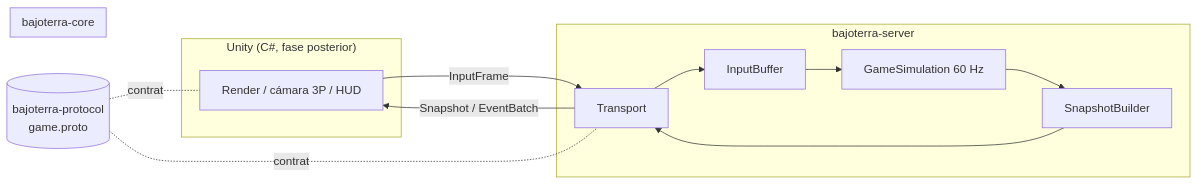
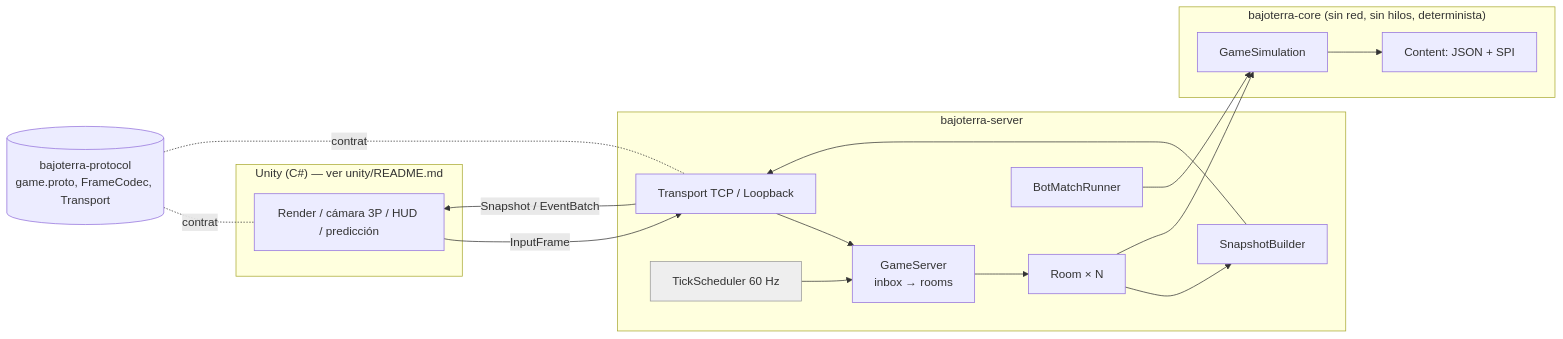
The diagram in docs/architecture.md (DannielEU/BajoTerraArena), drawn with Mermaid before and after one commit. The commit also changed other lines of this file and 563 other files, not shown here.

First line of the commit message:
Add .NET projects for Bajoterra client and Unity check

````diff
--- a/docs/architecture.md
+++ b/docs/architecture.md
@@ -8,17 +7,27 @@
 ```mermaid
 flowchart LR
-    subgraph Unity["Unity (C#, fase posterior)"]
-        R[Render / cámara 3P / HUD]
+    subgraph Unity["Unity (C#) — ver unity/README.md"]
+        R[Render / cámara 3P / HUD / predicción]
     end
     subgraph Server["bajoterra-server"]
-        T[Transport] --> IB[InputBuffer] --> SIM
-        SIM --> SB[SnapshotBuilder] --> T
+        T[Transport TCP / Loopback] --> GS[GameServer<br/>inbox → rooms]
+        GS --> RM[Room × N]
+        RM --> SB[SnapshotBuilder]
+        SB --> T
+        TS[TickScheduler 60 Hz]:::t --> GS
+        BMR[BotMatchRunner]
     end
-    subgraph Core["bajoterra-core"]
-        SIM[GameSimulation 60 Hz]
+    subgraph Core["bajoterra-core (sin red, sin hilos, determinista)"]
+        SIM[GameSimulation]
+        CT[Content: JSON + SPI]
     end
+    P[(bajoterra-protocol<br/>game.proto, FrameCodec, Transport)]
     R -- InputFrame --> T
     T -- Snapshot / EventBatch --> R
-    P[(bajoterra-protocol<br/>game.proto)] -.contrato.- R
+    P -.contrato.- R
     P -.contrato.- T
+    RM --> SIM
+    SIM --> CT
+    BMR --> SIM
+    classDef t fill:#eee,stroke:#999
 ```
````
